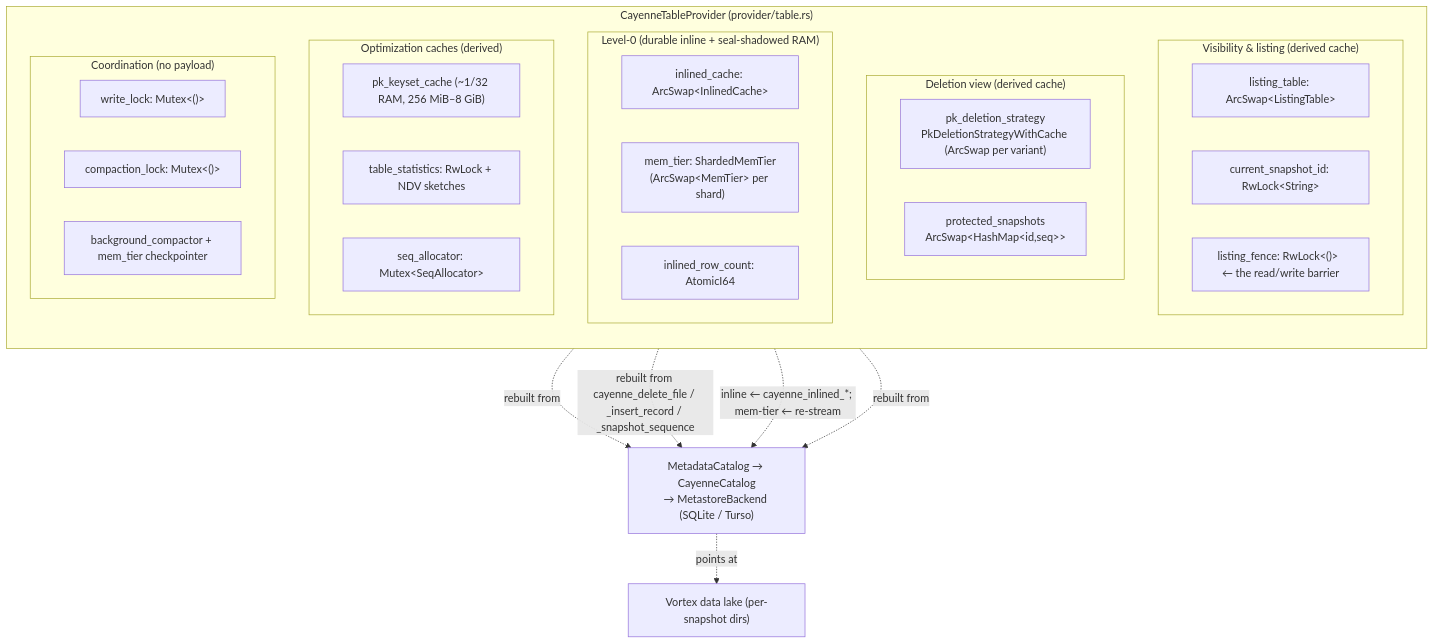
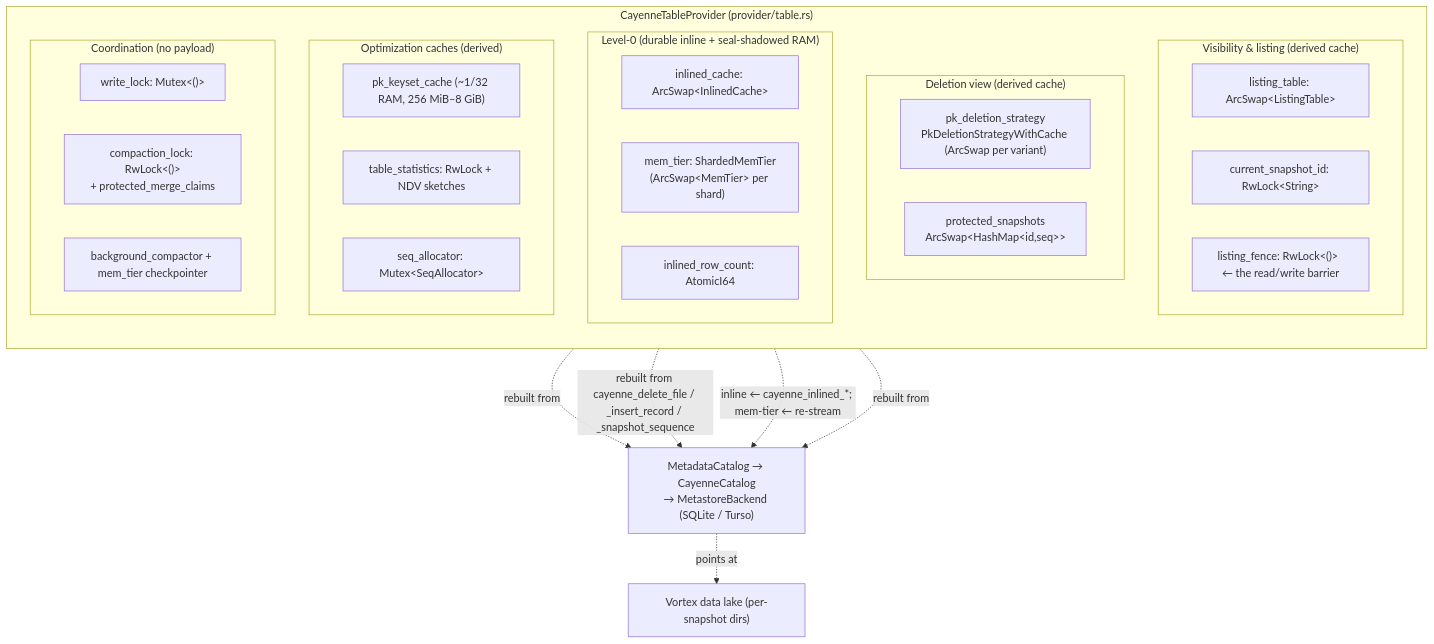
The third of 22 diagrams in docs/cayenne/cayenne.md (spiceai/spiceai), drawn with Mermaid before and after one commit. The commit also changed other lines of this file and 5 other files, not shown here.

First line of the commit message:
fix(cayenne): let small protected-snapshot merges run during a long large-tier merge (#14296)

````diff
--- a/docs/cayenne/cayenne.md
+++ b/docs/cayenne/cayenne.md
@@ -242,44 +242,44 @@
 ```mermaid
 flowchart TB
     subgraph PROV["CayenneTableProvider (provider/table.rs)"]
         direction TB
 
         subgraph VIS["Visibility & listing  (derived cache)"]
             LT["listing_table: ArcSwap&lt;ListingTable&gt;"]
             CSI["current_snapshot_id: RwLock&lt;String&gt;"]
             LF["listing_fence: RwLock&lt;()&gt;  ← the read/write barrier"]
         end
 
         subgraph DEL["Deletion view  (derived cache)"]
             PDS["pk_deletion_strategy<br/>PkDeletionStrategyWithCache (ArcSwap per variant)"]
             PS["protected_snapshots<br/>ArcSwap&lt;HashMap&lt;id,seq&gt;&gt;"]
         end
 
         subgraph MEM["Level-0  (durable inline + seal-shadowed RAM)"]
             IC["inlined_cache: ArcSwap&lt;InlinedCache&gt;"]
             MT["mem_tier: ShardedMemTier<br/>(ArcSwap&lt;MemTier&gt; per shard)"]
             IRC["inlined_row_count: AtomicI64"]
         end
 
         subgraph CACHE["Optimization caches  (derived)"]
             PKC["pk_keyset_cache (~1/32 RAM, 256 MiB–8 GiB)"]
             STAT["table_statistics: RwLock + NDV sketches"]
             SEQ["seq_allocator: Mutex&lt;SeqAllocator&gt;"]
         end
 
         subgraph COORD["Coordination  (no payload)"]
             WL["write_lock: Mutex&lt;()&gt;"]
-            CL["compaction_lock: Mutex&lt;()&gt;"]
+            CL["compaction_lock: RwLock&lt;()&gt;<br/>+ protected_merge_claims"]
             BG["background_compactor + mem_tier checkpointer"]
         end
     end
 
     CAT["MetadataCatalog → CayenneCatalog<br/>→ MetastoreBackend (SQLite / Turso)"]
     LAKE["Vortex data lake (per-snapshot dirs)"]
 
     VIS -. "rebuilt from" .-> CAT
     DEL -. "rebuilt from cayenne_delete_file / _insert_record / _snapshot_sequence" .-> CAT
     MEM -. "inline ← cayenne_inlined_*; mem-tier ← re-stream" .-> CAT
     CACHE -. "rebuilt from" .-> CAT
     CAT -. "points at" .-> LAKE
 ```
````
